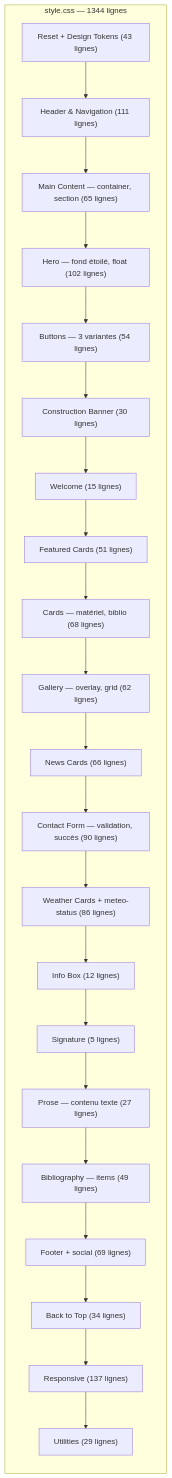
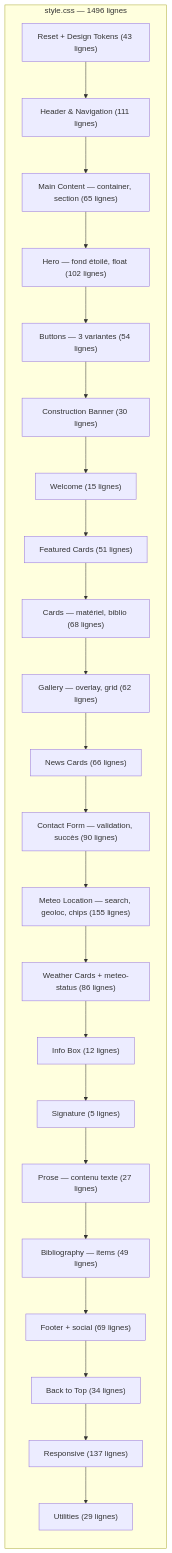
Diagram 13 of 23 in docs/analyse-meteo.md (christophedanhier-hash/tofdan-site), drawn with Mermaid before and after one commit. The commit also changed other lines of this file and 2 other files, not shown here.

````diff
--- a/docs/analyse-meteo.md
+++ b/docs/analyse-meteo.md
@@ -408,32 +440,33 @@
 ```mermaid
 flowchart TB
-    subgraph CSS["style.css — 1344 lignes"]
+    subgraph CSS["style.css — 1496 lignes"]
         direction TB
         R["Reset + Design Tokens (43 lignes)"]
         H["Header & Navigation (111 lignes)"]
         MC["Main Content — container, section (65 lignes)"]
         HE["Hero — fond étoilé, float (102 lignes)"]
         BTN["Buttons — 3 variantes (54 lignes)"]
         BN["Construction Banner (30 lignes)"]
         WEL["Welcome (15 lignes)"]
         FEAT["Featured Cards (51 lignes)"]
         CD["Cards — matériel, biblio (68 lignes)"]
         GAL["Gallery — overlay, grid (62 lignes)"]
         NWS["News Cards (66 lignes)"]
         FORM["Contact Form — validation, succès (90 lignes)"]
+        LOC["Meteo Location — search, geoloc, chips (155 lignes)"]
         WTH["Weather Cards + meteo-status (86 lignes)"]
         INFO["Info Box (12 lignes)"]
         SIG["Signature (5 lignes)"]
         PRS["Prose — contenu texte (27 lignes)"]
         BIB["Bibliography — items (49 lignes)"]
         FT["Footer + social (69 lignes)"]
         BTT["Back to Top (34 lignes)"]
         RSP["Responsive (137 lignes)"]
         UTL["Utilities (29 lignes)"]
     end
 
     R --> H --> MC --> HE --> BTN --> BN --> WEL
     WEL --> FEAT --> CD --> GAL --> NWS --> FORM
-    FORM --> WTH --> INFO --> SIG --> PRS --> BIB
-    BIB --> FT --> BTT --> RSP --> UTL
+    FORM --> LOC --> WTH --> INFO --> SIG --> PRS
+    PRS --> BIB --> FT --> BTT --> RSP --> UTL
 ```
````
